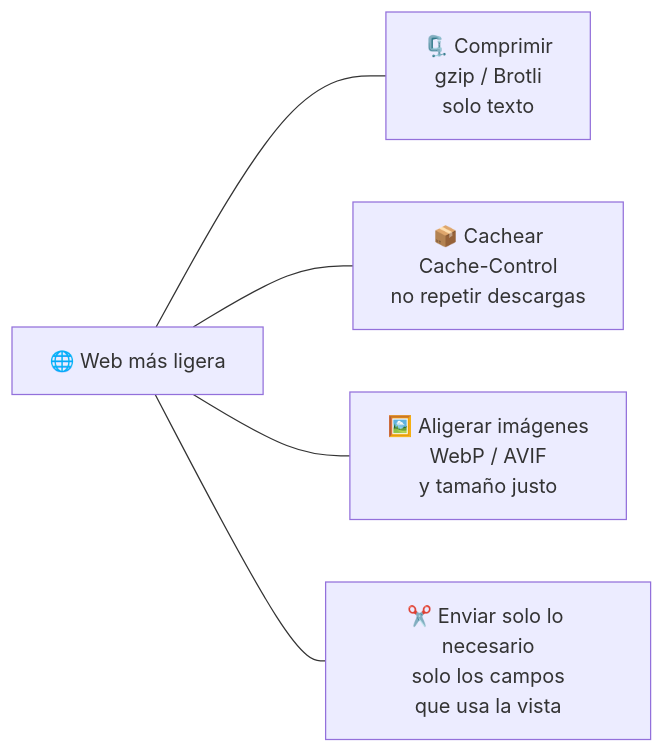
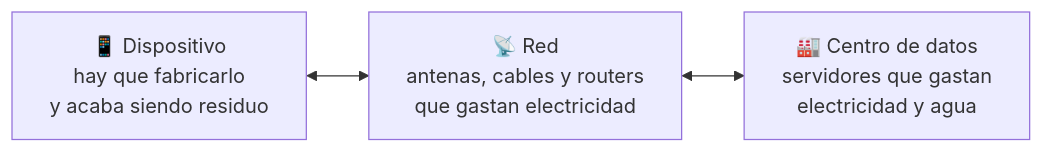
Before and after one commit to campusdevfp/sost2627: the third of 8 diagrams in docs/ut3/index.md, drawn with Mermaid. The commit also changed other lines of this file and 5 other files, not shown here.

````diff
--- a/docs/ut3/index.md
+++ b/docs/ut3/index.md
@@ -66,8 +46,4 @@
 ```mermaid
 flowchart LR
-    W["🌐 Web más ligera"]
-    W --- C["🗜️ Comprimir<br/>gzip / Brotli<br/>solo texto"]
-    W --- K["📦 Cachear<br/>Cache-Control<br/>no repetir descargas"]
-    W --- I["🖼️ Aligerar imágenes<br/>WebP / AVIF<br/>y tamaño justo"]
-    W --- D["✂️ Enviar solo lo necesario<br/>solo los campos<br/>que usa la vista"]
+    U["📱 Dispositivo<br/>hay que fabricarlo<br/>y acaba siendo residuo"] <--> R["📡 Red<br/>antenas, cables y routers<br/>que gastan electricidad"] <--> C["🏭 Centro de datos<br/>servidores que gastan<br/>electricidad y agua"]
 ```
````
